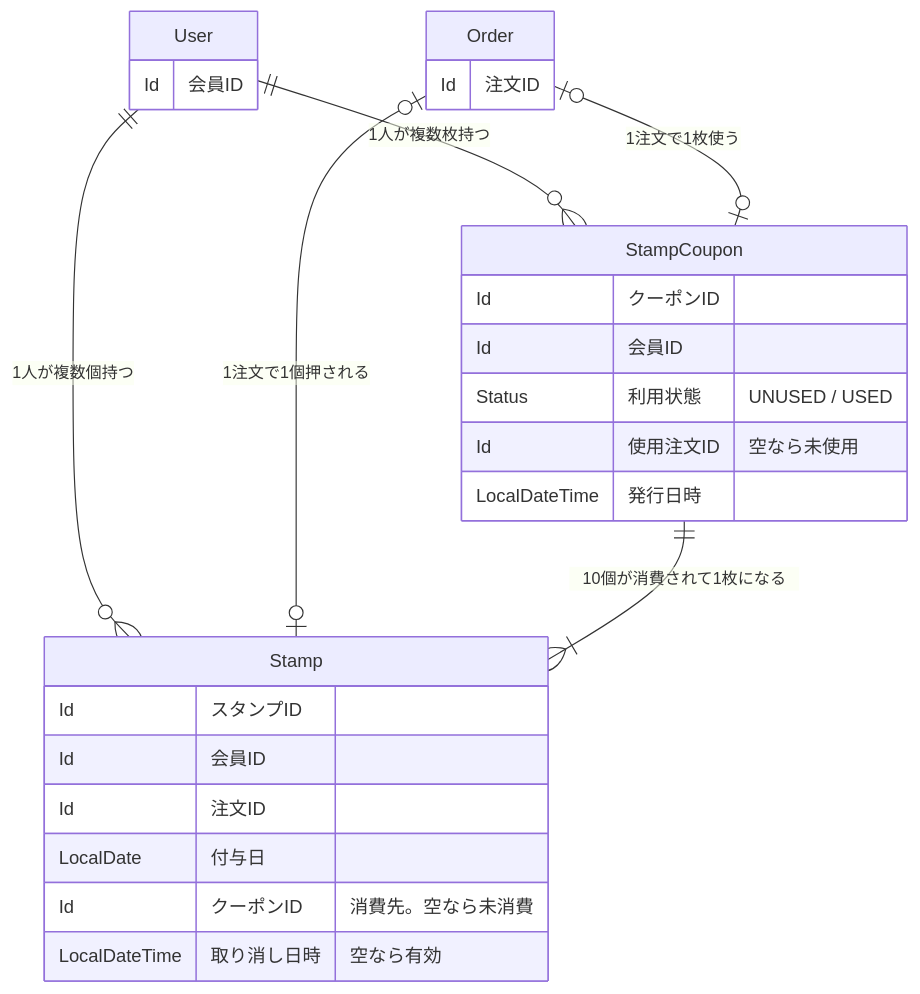
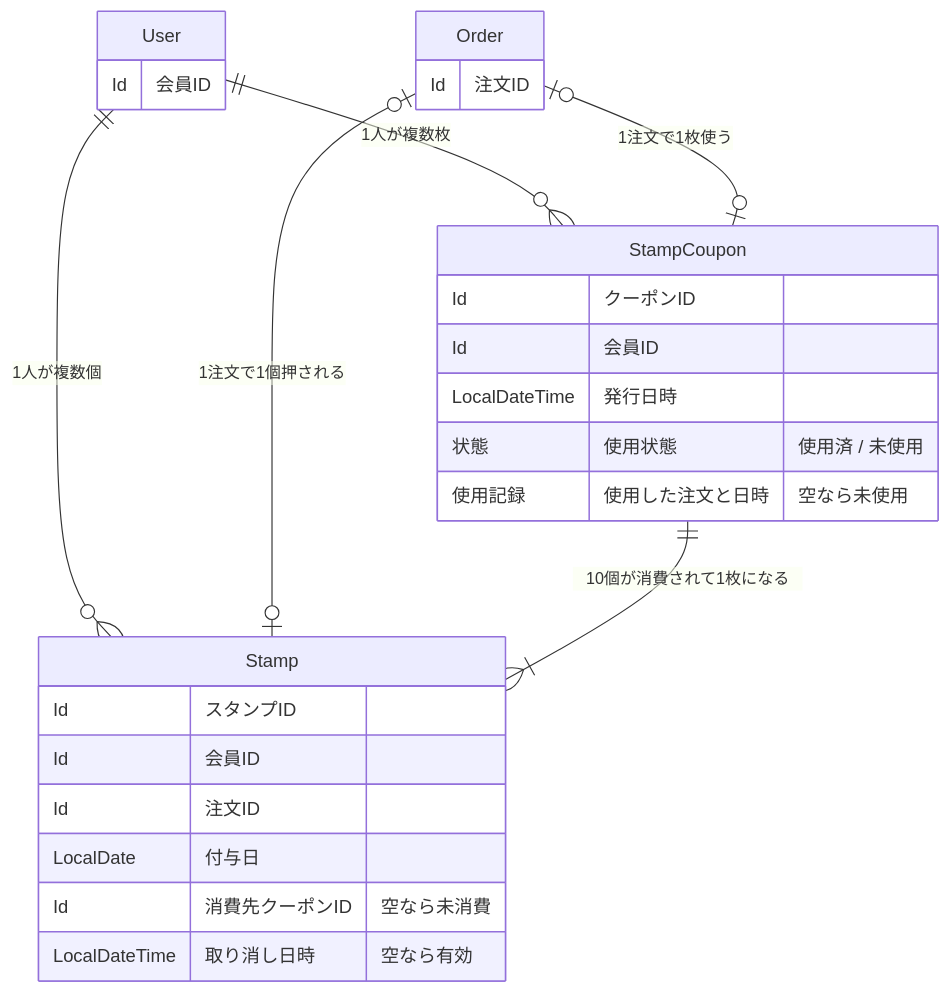
The diagram in docs/domain/stampCard/03_design.md (uekan-source/education-book-scala-app), drawn with Mermaid before and after one commit. The commit also changed other lines of this file, not shown here.

````diff
--- a/docs/domain/stampCard/03_design.md
+++ b/docs/domain/stampCard/03_design.md
@@ -12,30 +16,30 @@
 ```mermaid
 erDiagram
-    User ||--o{ Stamp : "1人が複数個持つ"
-    User ||--o{ StampCoupon : "1人が複数枚持つ"
-    Order |o--o| Stamp : "1注文で1個押される"
-    StampCoupon ||--|{ Stamp : "10個が消費されて1枚になる"
-    Order |o--o| StampCoupon : "1注文で1枚使う"
+    User            ||--o{ Stamp       : "1人が複数個"
+    User            ||--o{ StampCoupon : "1人が複数枚"
+    Order           |o--o| Stamp       : "1注文で1個押される"
+    StampCoupon     ||--|{ Stamp       : "10個が消費されて1枚になる"
+    Order           |o--o| StampCoupon : "1注文で1枚使う"
 
     User {
         Id 会員ID
     }
     Order {
         Id 注文ID
     }
     Stamp {
         Id スタンプID
         Id 会員ID
         Id 注文ID
         LocalDate 付与日
-        Id クーポンID "消費先。空なら未消費"
+        Id 消費先クーポンID "空なら未消費"
         LocalDateTime 取り消し日時 "空なら有効"
     }
     StampCoupon {
         Id クーポンID
         Id 会員ID
-        Status 利用状態 "UNUSED / USED"
-        Id 使用注文ID "空なら未使用"
         LocalDateTime 発行日時
+        状態 使用状態 "使用済 / 未使用"
+        使用記録 使用した注文と日時 "空なら未使用"
     }
 ```
````
